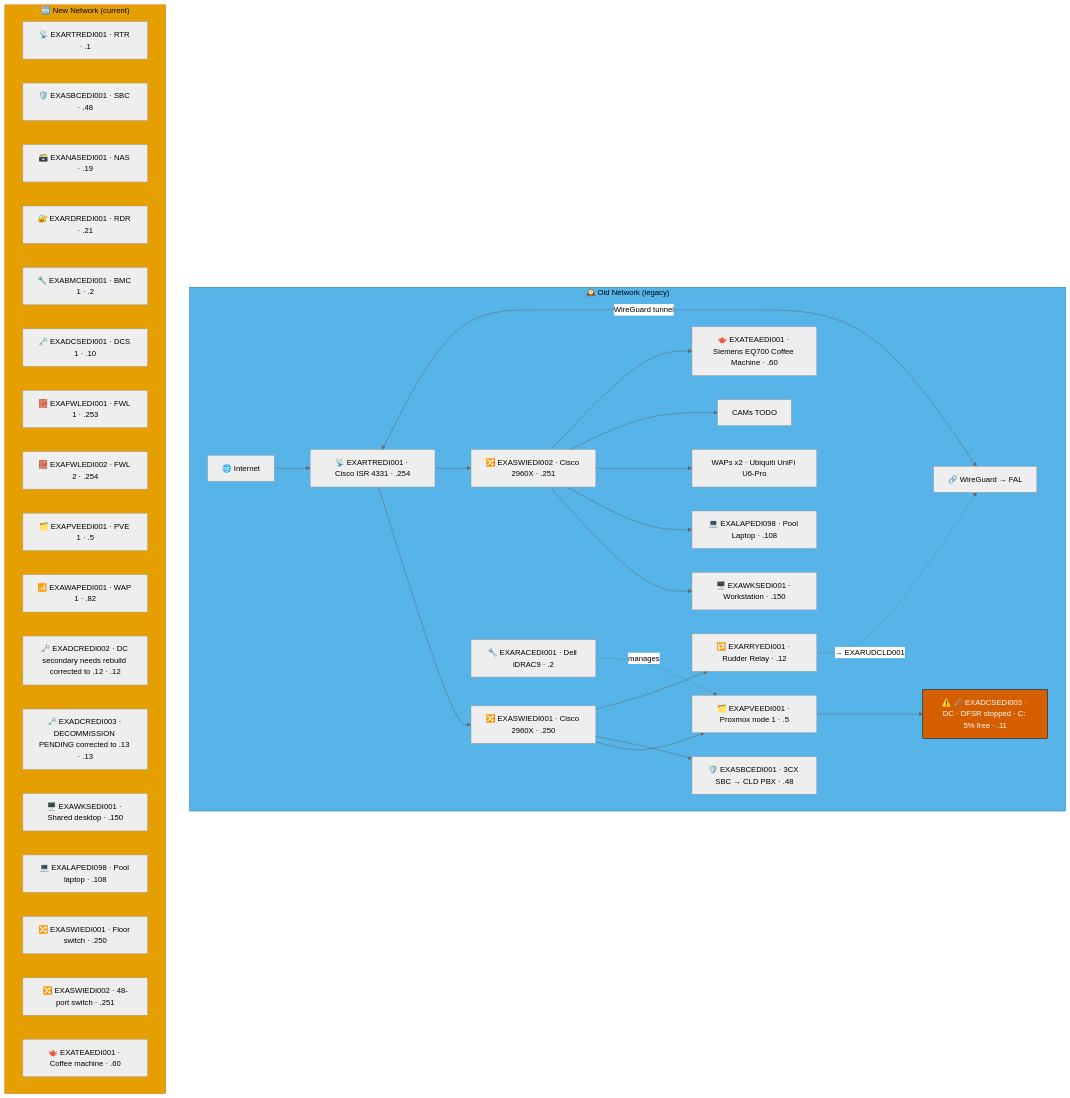
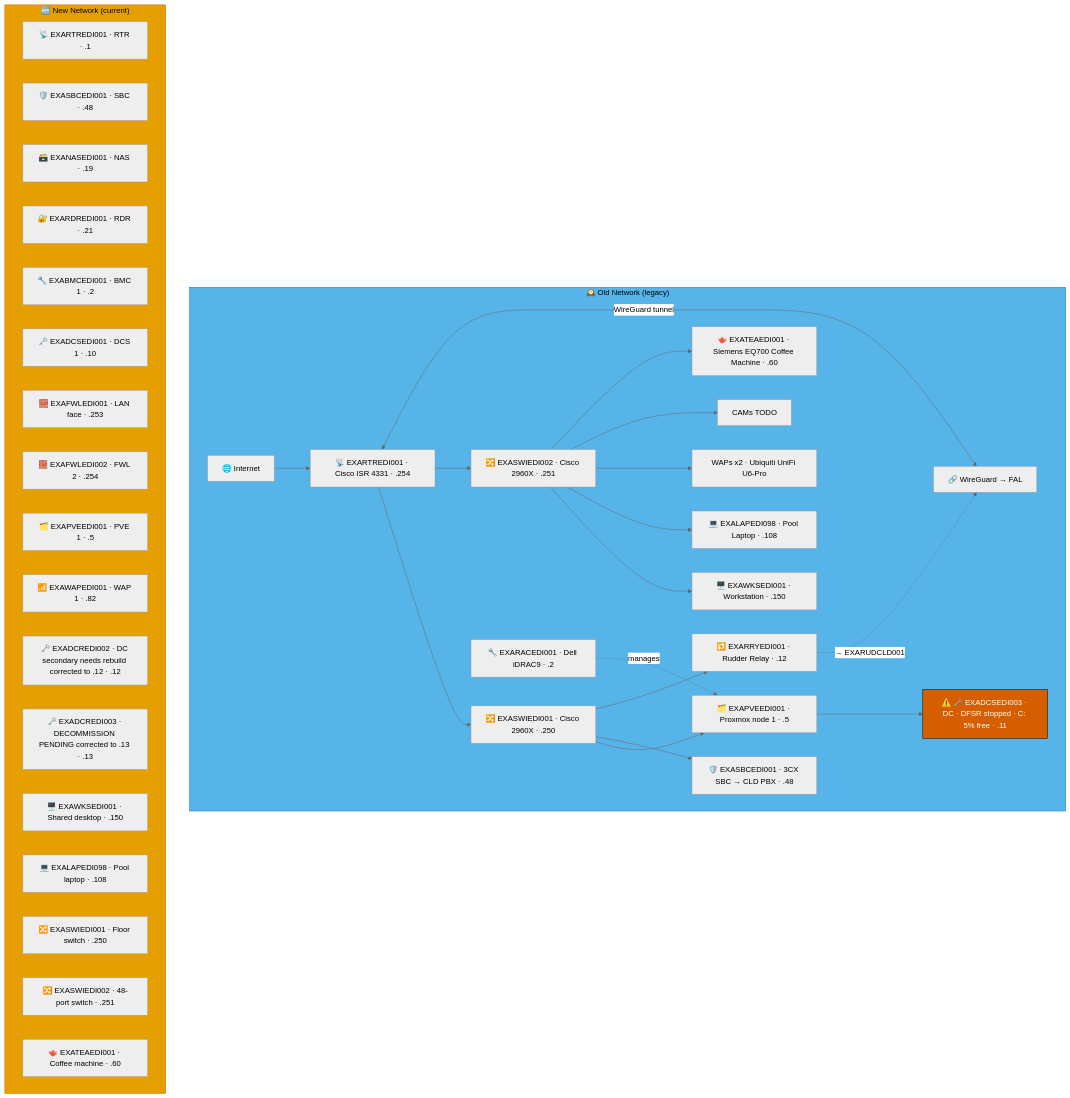
One commit to knightmare2600/example_music_infra changed the second of 7 diagrams in docs/network-diagram/scotland.md. Above: the diagram before and after it, drawn with Mermaid (neutral theme). The commit also changed other lines of this file and 17 other files, not shown here.

````diff
--- a/docs/network-diagram/scotland.md
+++ b/docs/network-diagram/scotland.md
@@ -178,55 +178,55 @@
 ```mermaid
 graph TD
     subgraph OLD_EDI ["🕰️ Old Network (legacy)"]
       INET["🌐 Internet"]
       RTR["📡 EXARTREDI001 · Cisco ISR 4331 · .254"]
       SW1["🔀 EXASWIEDI001 · Cisco 2960X · .250"]
       SW2["🔀 EXASWIEDI002 · Cisco 2960X · .251"]
       RAC["🔧 EXARACEDI001 · Dell iDRAC9 · .2"]
       PVE["🗂️ EXAPVEEDI001 · Proxmox node 1 · .5"]
       DC["⚠️ 🗝️ EXADCSEDI003 · DC · DFSR stopped · C: 5% free · .11"]
       SBC["🛡️ EXASBCEDI001 · 3CX SBC → CLD PBX · .48"]
       RRY["🔁 EXARRYEDI001 · Rudder Relay · .12"]
       WKS["🖥️ EXAWKSEDI001 · Workstation · .150"]
       LAP["💻 EXALAPEDI098 · Pool Laptop · .108"]
       WAP["WAPs x2 · Ubiquiti UniFi U6-Pro"]
       CAM["CAMs TODO"]
       COF["🫖 EXATEAEDI001 · Siemens EQ700 Coffee Machine · .60"]
       VPN["🔗 WireGuard → FAL"]
 
       INET --> RTR --> SW1 & SW2
       SW1 --> PVE --> DC
       SW1 --> SBC
       RAC -.->|"manages"| PVE
       SW2 --> WKS & LAP & WAP & CAM & COF
       RTR <-->|"WireGuard tunnel"| VPN
 
       SW1 --> RRY
       RRY -. "→ EXARUDCLD001" .-> VPN
     end
     style OLD_EDI fill:#56B4E9,stroke:#0072B2,color:#000000
     %% GENERATED:NEW-NETWORK:EDI:START
     subgraph NEW_EDI ["🆕 New Network (current)"]
       N_RTR["📡 EXARTREDI001 · RTR · .1"]
       N_SBC["🛡️ EXASBCEDI001 · SBC · .48"]
       N_NAS["🗃️ EXANASEDI001 · NAS · .19"]
       N_RDR["🔐 EXARDREDI001 · RDR · .21"]
       N_BMC["🔧 EXABMCEDI001 · BMC 1 · .2"]
       N_DCS["🗝️ EXADCSEDI001 · DCS 1 · .10"]
-      N_FWL["🧱 EXAFWLEDI001 · FWL 1 · .253"]
+      N_FWL["🧱 EXAFWLEDI001 · LAN face · .253"]
       N_FWL2["🧱 EXAFWLEDI002 · FWL 2 · .254"]
       N_PVE["🗂️ EXAPVEEDI001 · PVE 1 · .5"]
       N_WAP["📶 EXAWAPEDI001 · WAP 1 · .82"]
       N_DCR["🗝️ EXADCREDI002 · DC secondary needs rebuild corrected to .12 · .12"]
       N_DCR2["🗝️ EXADCREDI003 · DECOMMISSION PENDING corrected to .13 · .13"]
       N_WKS["🖥️ EXAWKSEDI001 · Shared desktop · .150"]
       N_LAP["💻 EXALAPEDI098 · Pool laptop · .108"]
       N_SWI["🔀 EXASWIEDI001 · Floor switch · .250"]
       N_SWI2["🔀 EXASWIEDI002 · 48-port switch · .251"]
       N_TEA["🫖 EXATEAEDI001 · Coffee machine · .60"]
     end
     style NEW_EDI fill:#E69F00,stroke:#D55E00,color:#000000
     %% GENERATED:NEW-NETWORK:EDI:END
     classDef warn fill:#D55E00,stroke:#000000,color:#ffffff
     class DC warn
 ```
````
